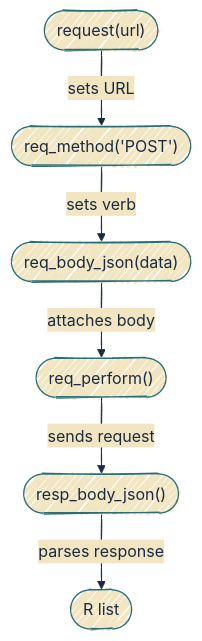
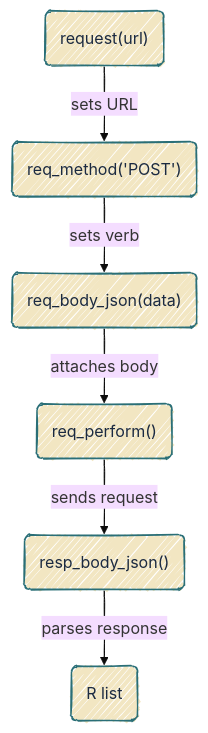
One commit to mjfrigaard/do4ds-labs changed the sixth of 7 diagrams in plumber2.qmd. Above: the diagram before and after it, drawn with Mermaid. The commit also changed other lines of this file and 37 other files, not shown here.

Commit message:
updates to mermaid

````diff
--- a/plumber2.qmd
+++ b/plumber2.qmd
@@ -1021,12 +1032,13 @@
 ```{mermaid}
 %%| fig-width: 7.0
 %%| fig-align: center
-%%{init: {'theme': 'base', 'look': 'handDrawn', 'themeVariables': { 'fontFamily': 'monospace', 'primaryColor': '#F2E6C2', 'primaryBorderColor': '#2A6F77', 'primaryTextColor': '#1B2A41', 'secondaryColor': '#d4e7e4', 'tertiaryColor': '#f5f0e4', 'lineColor': '#1B2A41', 'edgeLabelBackground': '#F2E6C2'}}}%%
+%%{init: {'theme': 'base', 'look': 'handDrawn', 'themeVariables': {'fontFamily': 'monospace'}}}%%
 
 graph TD
-    ReqObj(["request(url)"]) -->|"sets URL"| MethObj
-    MethObj(["req_method('POST')"]) -->|"sets verb"| BodyObj
-    BodyObj(["req_body_json(data)"]) -->|"attaches body"| PerfObj
-    PerfObj(["req_perform()"]) -->|"sends request"| RespObj
-    RespObj(["resp_body_json()"]) -->|"parses response"| Result(["R list"])
+    ReqObj("request(url)") -->|"sets URL"| MethObj
+    MethObj("req_method('POST')") -->|"sets verb"| BodyObj
+    BodyObj("req_body_json(data)") -->|"attaches body"| PerfObj
+    PerfObj("req_perform()") -->|"sends request"| RespObj
+    RespObj("resp_body_json()") -->|"parses response"| Result("R list")
+    classDef default fill:#F2E6C2,stroke:#2A6F77,color:#1B2A41
 ```
````
